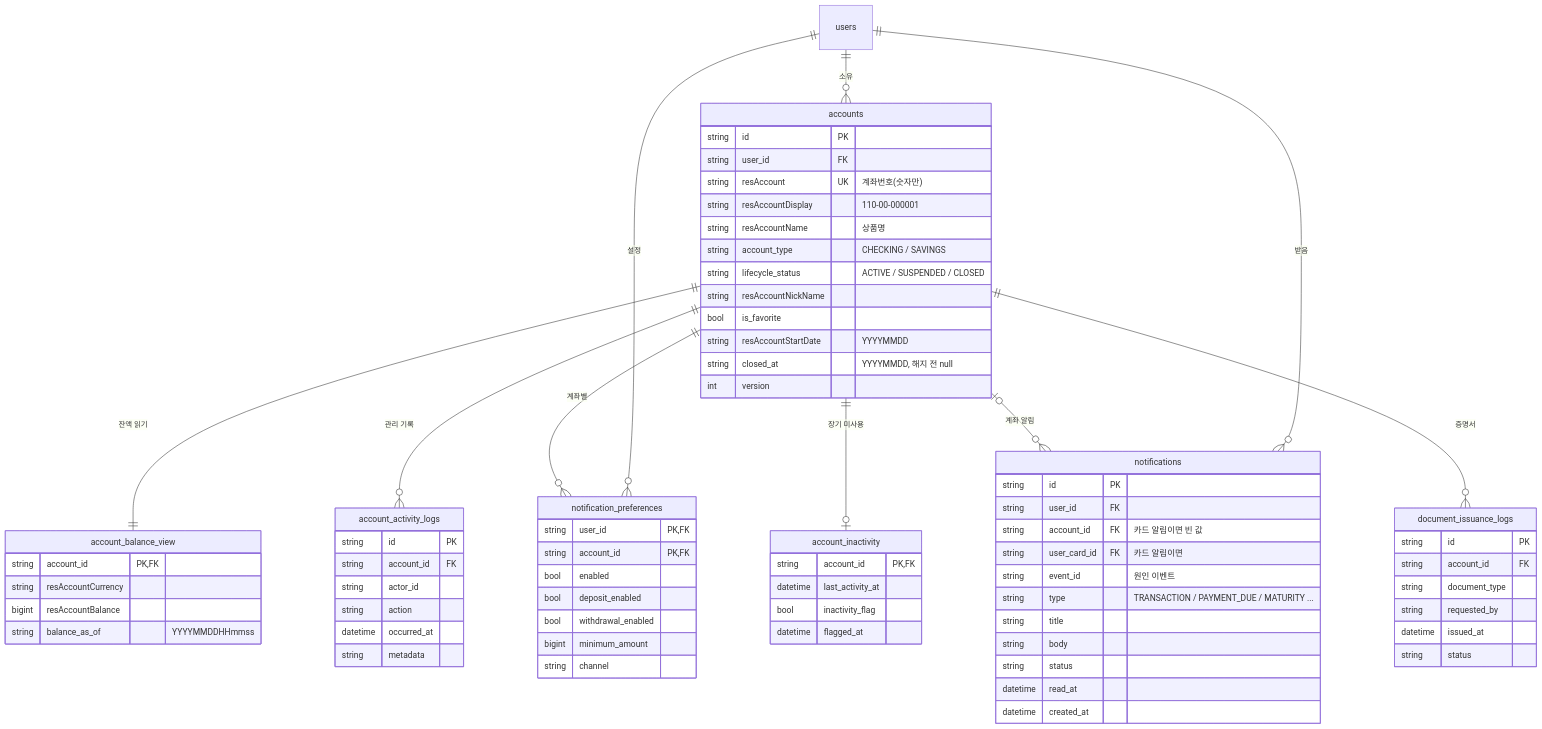
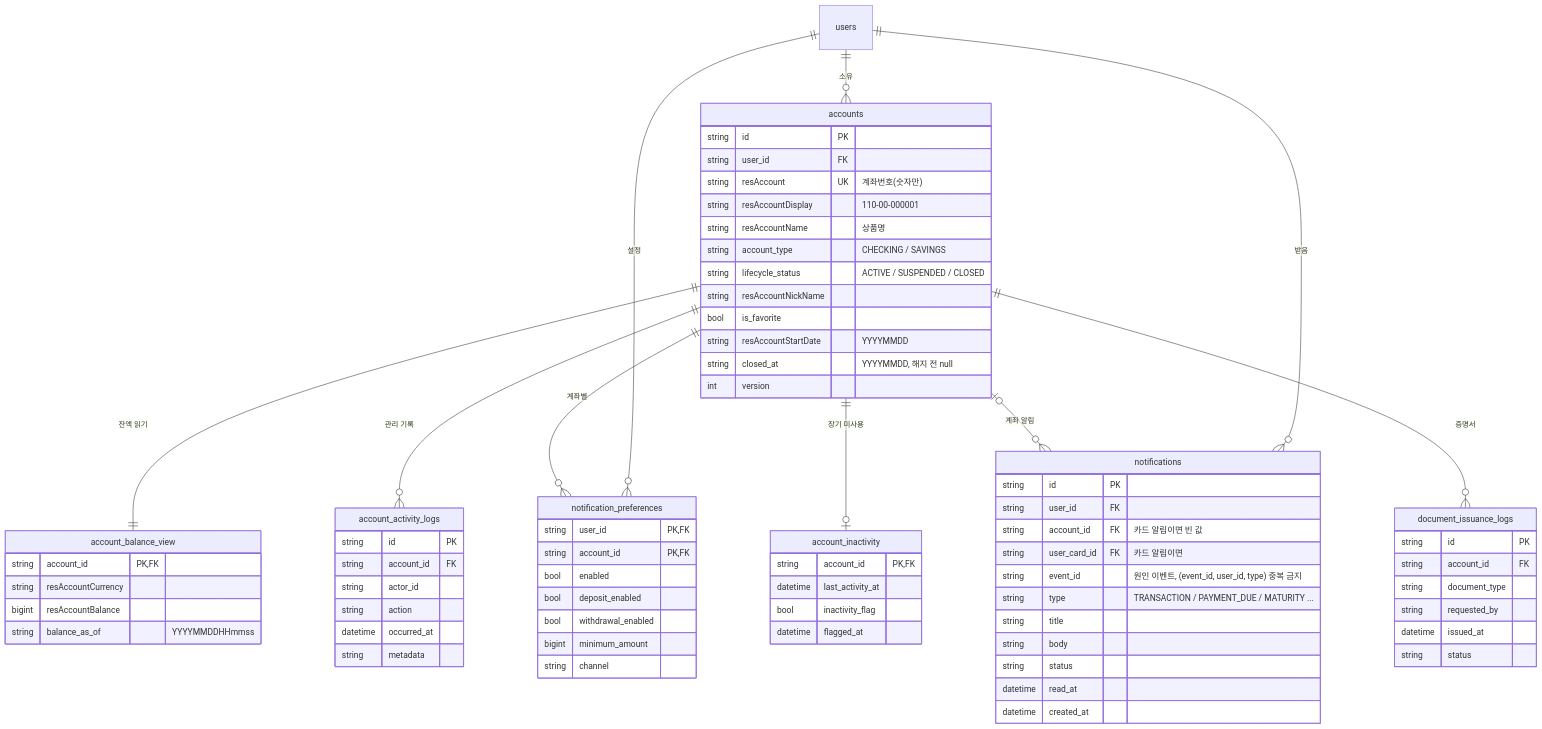
Before and after one commit to yellowgreenbean/midproject_ai_agent: the third of 7 diagrams in docs/ERD.md, drawn with Mermaid. The commit also changed other lines of this file and 6 other files, not shown here.

````diff
--- a/docs/ERD.md
+++ b/docs/ERD.md
@@ -166,77 +168,77 @@
 ```mermaid
 erDiagram
     users ||--o{ accounts : "소유"
     accounts ||--|| account_balance_view : "잔액 읽기"
     accounts ||--o{ account_activity_logs : "관리 기록"
     users ||--o{ notification_preferences : "설정"
     accounts ||--o{ notification_preferences : "계좌별"
     users ||--o{ notifications : "받음"
     accounts |o--o{ notifications : "계좌 알림"
     accounts ||--o| account_inactivity : "장기 미사용"
     accounts ||--o{ document_issuance_logs : "증명서"
 
     accounts {
         string id PK
         string user_id FK
         string resAccount UK "계좌번호(숫자만)"
         string resAccountDisplay "110-00-000001"
         string resAccountName "상품명"
         string account_type "CHECKING / SAVINGS"
         string lifecycle_status "ACTIVE / SUSPENDED / CLOSED"
         string resAccountNickName
         bool is_favorite
         string resAccountStartDate "YYYYMMDD"
         string closed_at "YYYYMMDD, 해지 전 null"
         int version
     }
     account_balance_view {
         string account_id PK, FK
         string resAccountCurrency
         bigint resAccountBalance
         string balance_as_of "YYYYMMDDHHmmss"
     }
     account_activity_logs {
         string id PK
         string account_id FK
         string actor_id
         string action
         datetime occurred_at
         string metadata
     }
     notification_preferences {
         string user_id PK, FK
         string account_id PK, FK
         bool enabled
         bool deposit_enabled
         bool withdrawal_enabled
         bigint minimum_amount
         string channel
     }
     notifications {
         string id PK
         string user_id FK
         string account_id FK "카드 알림이면 빈 값"
         string user_card_id FK "카드 알림이면"
-        string event_id "원인 이벤트"
+        string event_id "원인 이벤트, (event_id, user_id, type) 중복 금지"
         string type "TRANSACTION / PAYMENT_DUE / MATURITY ..."
         string title
         string body
         string status
         datetime read_at
         datetime created_at
     }
     account_inactivity {
         string account_id PK, FK
         datetime last_activity_at
         bool inactivity_flag
         datetime flagged_at
     }
     document_issuance_logs {
         string id PK
         string account_id FK
         string document_type
         string requested_by
         datetime issued_at
         string status
     }
 ```
````
